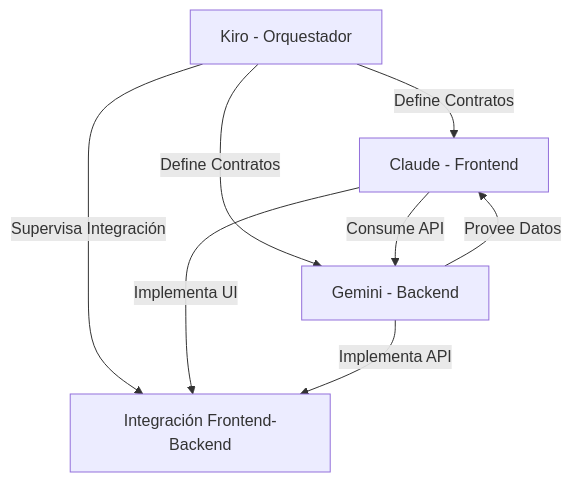
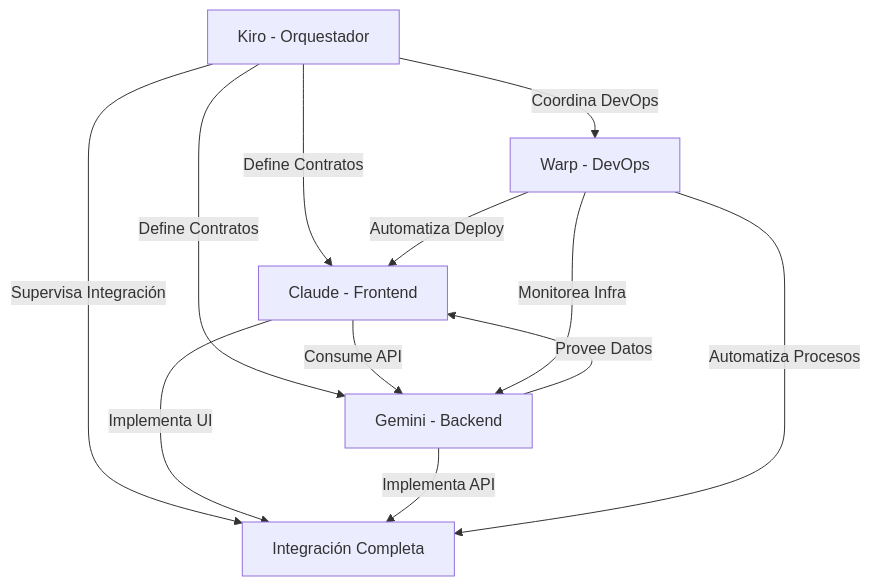
Before and after one commit to axlwolf/webnaser: the diagram in KIRO.md, drawn with Mermaid. The commit also changed other lines of this file and 45 other files, not shown here.

````diff
--- a/KIRO.md
+++ b/KIRO.md
@@ -50,10 +62,14 @@
 ```mermaid
 graph TD
     A[Kiro - Orquestador] -->|Define Contratos| B[Claude - Frontend]
     A -->|Define Contratos| C[Gemini - Backend]
+    A -->|Coordina DevOps| D[Warp - DevOps]
     B -->|Consume API| C
     C -->|Provee Datos| B
-    A -->|Supervisa Integración| D[Integración Frontend-Backend]
-    B -->|Implementa UI| D
-    C -->|Implementa API| D
+    D -->|Automatiza Deploy| B
+    D -->|Monitorea Infra| C
+    A -->|Supervisa Integración| E[Integración Completa]
+    B -->|Implementa UI| E
+    C -->|Implementa API| E
+    D -->|Automatiza Procesos| E
 ```
````
